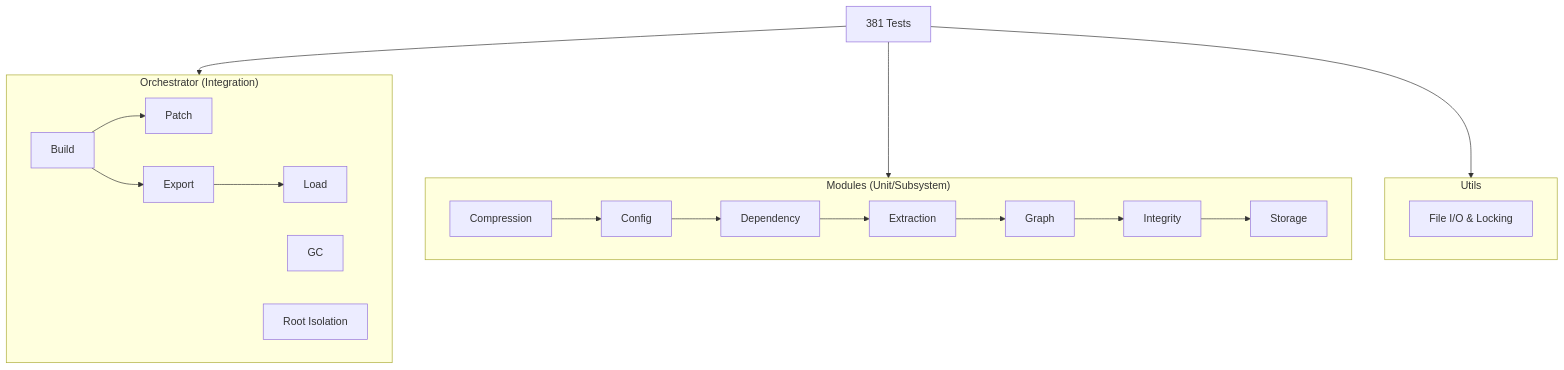
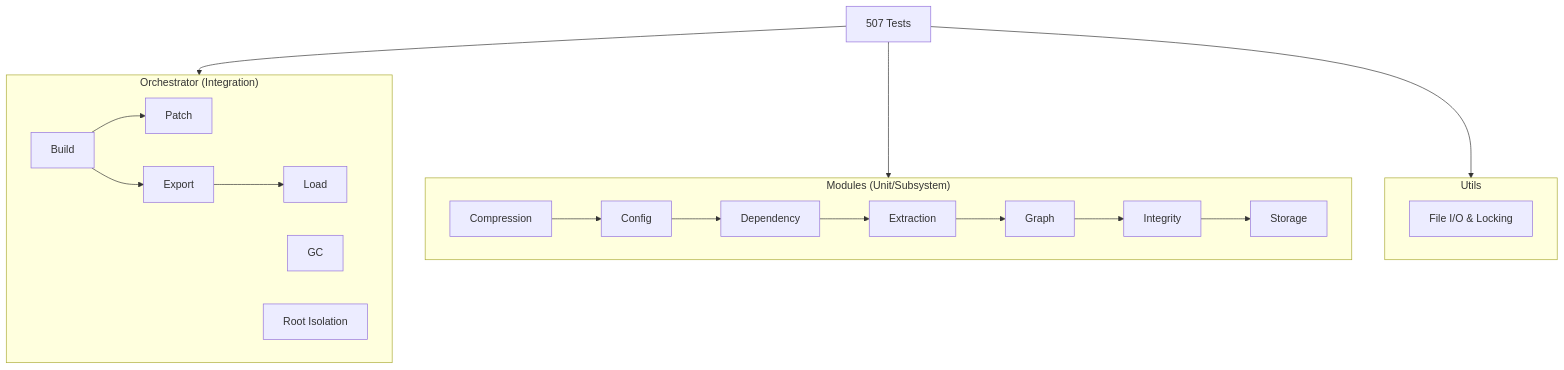
Before and after one commit to sageoz/Batho: the diagram in docs-site/docs/tests/index.md, drawn with Mermaid. The commit also changed other lines of this file and 52 other files, not shown here.

````diff
--- a/docs-site/docs/tests/index.md
+++ b/docs-site/docs/tests/index.md
@@ -47,24 +47,24 @@
 ```mermaid
 flowchart TB
     subgraph Orchestrator["Orchestrator (Integration)"]
         B[Build] --> P[Patch]
         B --> E[Export]
         E --> L[Load]
         G[GC]
         R[Root Isolation]
     end
     subgraph Modules["Modules (Unit/Subsystem)"]
         C[Compression] --> CO[Config]
         CO --> D[Dependency]
         D --> EX[Extraction]
         EX --> GR[Graph]
         GR --> I[Integrity]
         I --> S[Storage]
     end
     subgraph Utils["Utils"]
         U[File I/O & Locking]
     end
-    Suite[381 Tests] --> Orchestrator
+    Suite[507 Tests] --> Orchestrator
     Suite --> Modules
     Suite --> Utils
 ```
````
